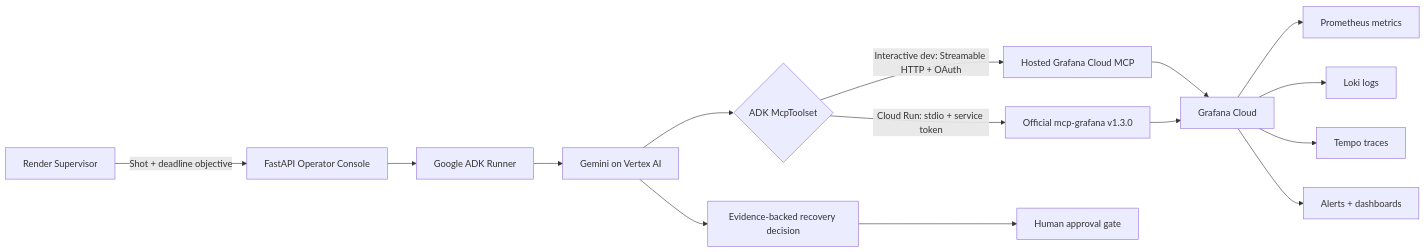
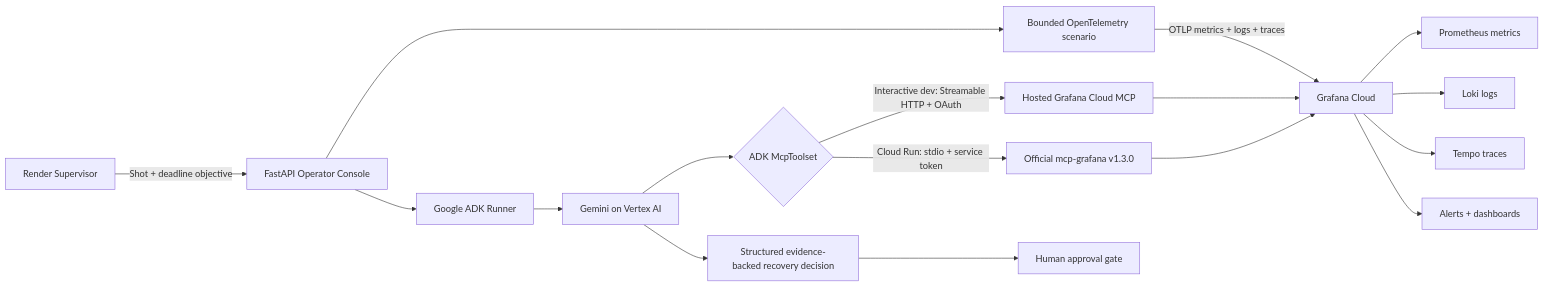
The diagram in docs/architecture.md (alexzerg/renderops-director), drawn with Mermaid before and after one commit. The commit also changed 16 other files, not shown here.

Commit message:
feat(observability): connect live Grafana telemetry through MCP

````diff
--- a/docs/architecture.md
+++ b/docs/architecture.md
@@ -3,17 +3,19 @@
 ```mermaid
 flowchart LR
   O[Render Supervisor] -->|Shot + deadline objective| UI[FastAPI Operator Console]
+  UI --> S[Bounded OpenTelemetry scenario]
+  S -->|OTLP metrics + logs + traces| GC[Grafana Cloud]
   UI --> R[Google ADK Runner]
   R --> G[Gemini on Vertex AI]
   G --> T{ADK McpToolset}
   T -->|Interactive dev: Streamable HTTP + OAuth| HC[Hosted Grafana Cloud MCP]
   T -->|Cloud Run: stdio + service token| OSS[Official mcp-grafana v1.3.0]
-  HC --> GC[Grafana Cloud]
+  HC --> GC
   OSS --> GC
   GC --> P[Prometheus metrics]
   GC --> L[Loki logs]
   GC --> TP[Tempo traces]
   GC --> A[Alerts + dashboards]
-  G --> D[Evidence-backed recovery decision]
+  G --> D[Structured evidence-backed recovery decision]
   D --> H[Human approval gate]
 ```
````
